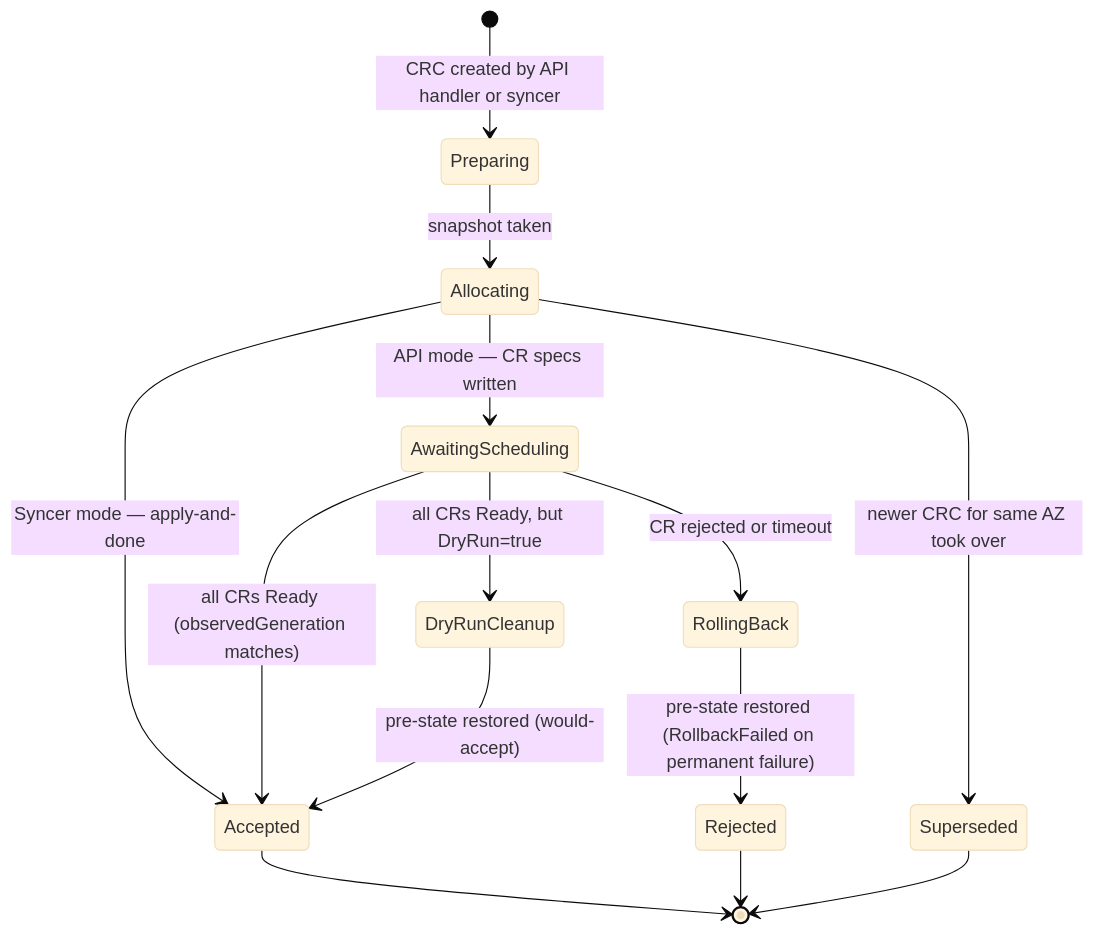
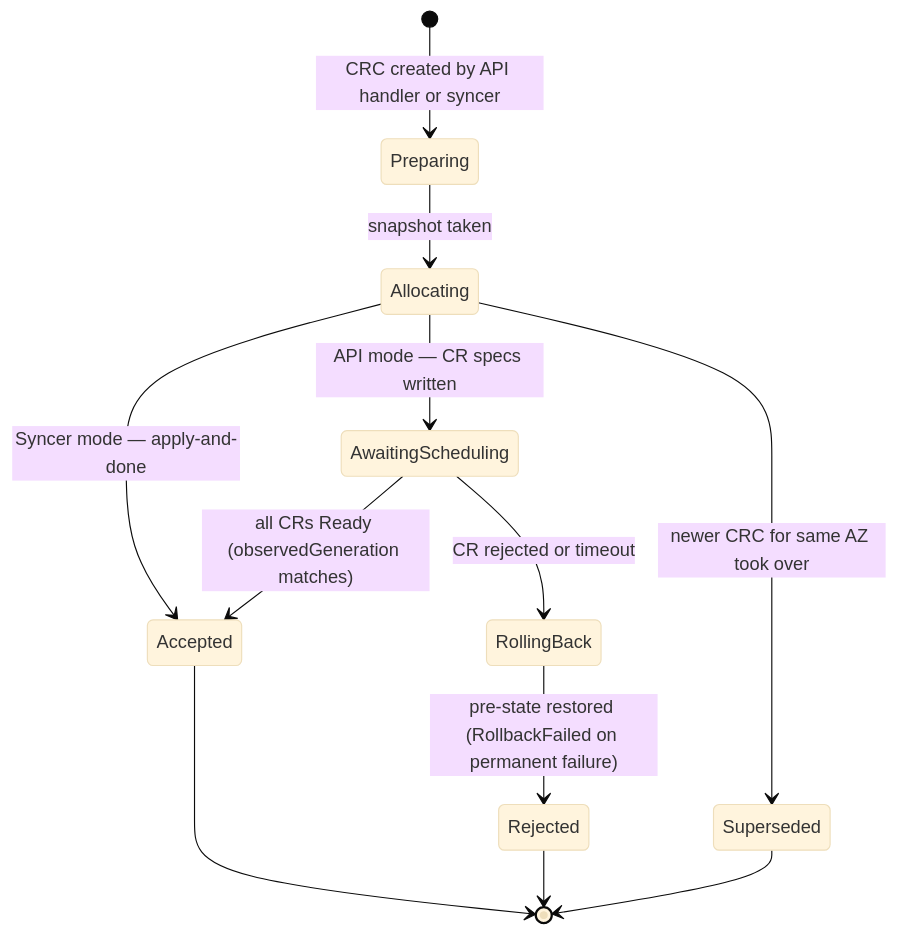
One commit to cobaltcore-dev/cortex changed the third of 3 diagrams in docs/03-reservations-and-inventory/03-b-committed-resource-transaction-architecture.md. Above: the diagram before and after it, drawn with Mermaid (base theme).

Commit message:
adjusted docs

````diff
--- a/docs/03-reservations-and-inventory/03-b-committed-resource-transaction-architecture.md
+++ b/docs/03-reservations-and-inventory/03-b-committed-resource-transaction-architecture.md
@@ -68,22 +68,19 @@
 ```mermaid
 stateDiagram-v2
     [*] --> Preparing : CRC created by API handler or syncer
 
     Preparing --> Allocating : snapshot taken
 
     Allocating --> AwaitingScheduling : API mode — CR specs written
     Allocating --> Accepted : Syncer mode — apply-and-done
     Allocating --> Superseded : newer CRC for same AZ took over
 
     AwaitingScheduling --> Accepted : all CRs Ready (observedGeneration matches)
-    AwaitingScheduling --> DryRunCleanup : all CRs Ready, but DryRun=true
     AwaitingScheduling --> RollingBack : CR rejected or timeout
-
-    DryRunCleanup --> Accepted : pre-state restored (would-accept)
 
     RollingBack --> Rejected : pre-state restored (RollbackFailed on permanent failure)
 
     Accepted --> [*]
     Rejected --> [*]
     Superseded --> [*]
 ```
````
